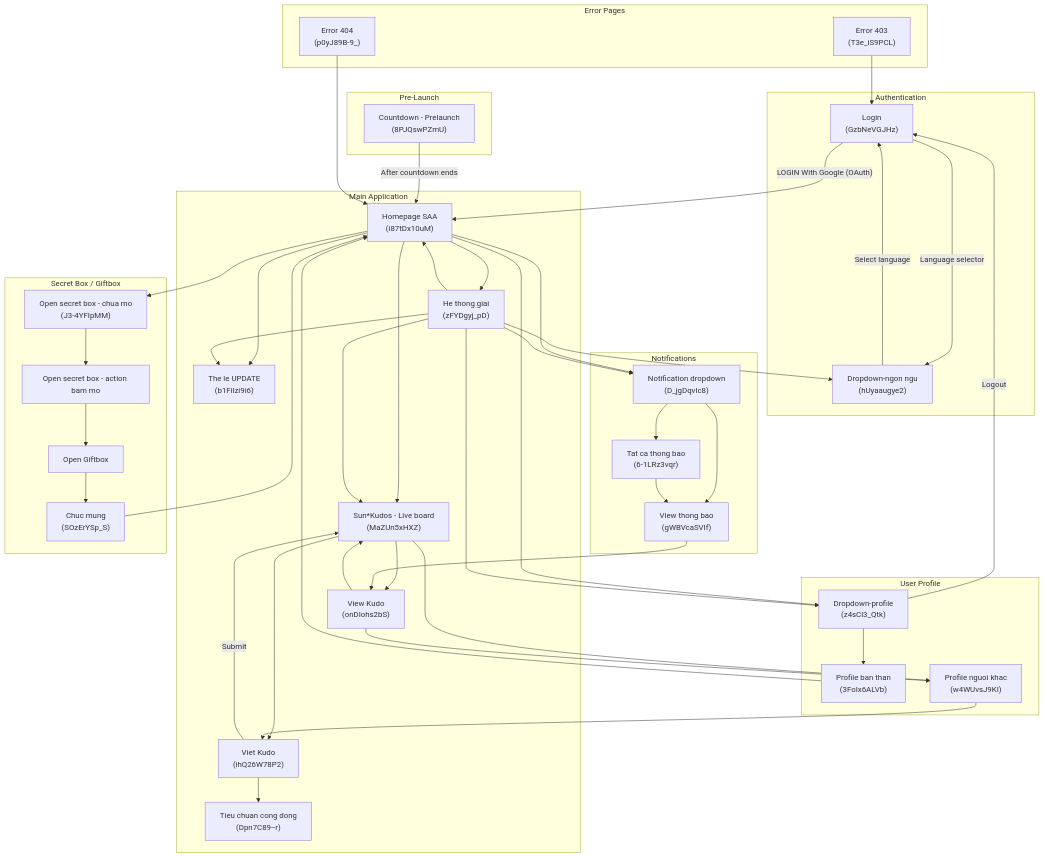
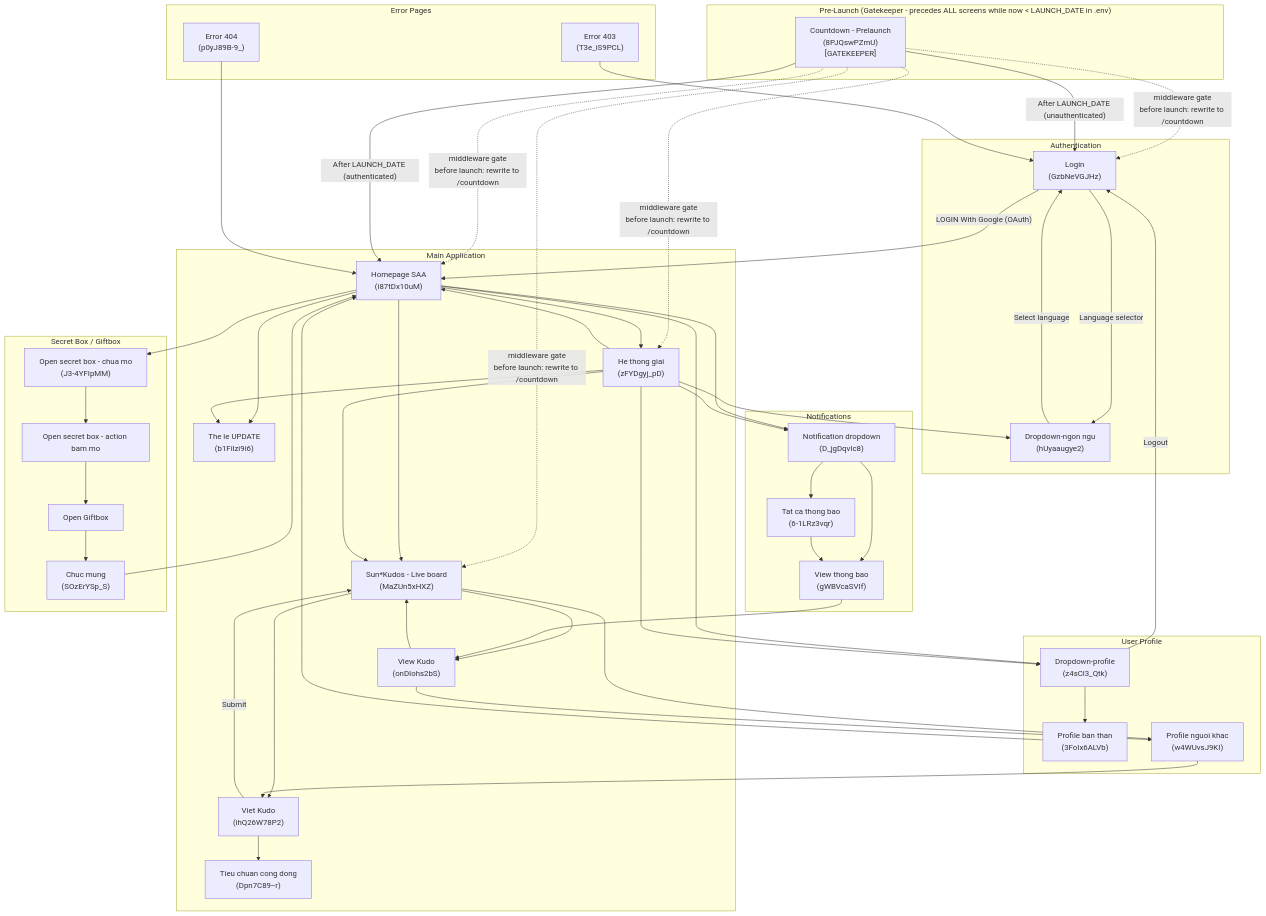
The first of 3 diagrams in .momorph/SCREENFLOW.md (minhtn-2278/saa-project), drawn with Mermaid before and after one commit. The commit also changed other lines of this file and 25 other files, not shown here.

Commit message:
Countdown Prelaunch

```diff
--- a/.momorph/SCREENFLOW.md
+++ b/.momorph/SCREENFLOW.md
@@ -123,8 +123,8 @@
         LangDropdown["Dropdown-ngon ngu<br/>(hUyaaugye2)"]
     end
 
-    subgraph PreLaunch["Pre-Launch"]
-        Countdown["Countdown - Prelaunch<br/>(8PJQswPZmU)"]
+    subgraph PreLaunch["Pre-Launch (Gatekeeper - precedes ALL screens while now < LAUNCH_DATE in .env)"]
+        Countdown["Countdown - Prelaunch<br/>(8PJQswPZmU)<br/>[GATEKEEPER]"]
     end
 
     subgraph Main["Main Application"]
@@ -165,7 +165,13 @@
     Login -->|"Language selector"| LangDropdown
     LangDropdown -->|"Select language"| Login
 
-    Countdown -->|"After countdown ends"| Homepage
+    %% Pre-entry gate: Countdown intercepts ALL incoming routes before launch
+    Countdown -.->|"middleware gate<br/>before launch: rewrite to /countdown"| Login
+    Countdown -.->|"middleware gate<br/>before launch: rewrite to /countdown"| Homepage
+    Countdown -.->|"middleware gate<br/>before launch: rewrite to /countdown"| Awards
+    Countdown -.->|"middleware gate<br/>before launch: rewrite to /countdown"| KudosBoard
+    Countdown -->|"After LAUNCH_DATE (unauthenticated)"| Login
+    Countdown -->|"After LAUNCH_DATE (authenticated)"| Homepage
 
     Homepage --> Awards
     Homepage --> KudosBoard
```
